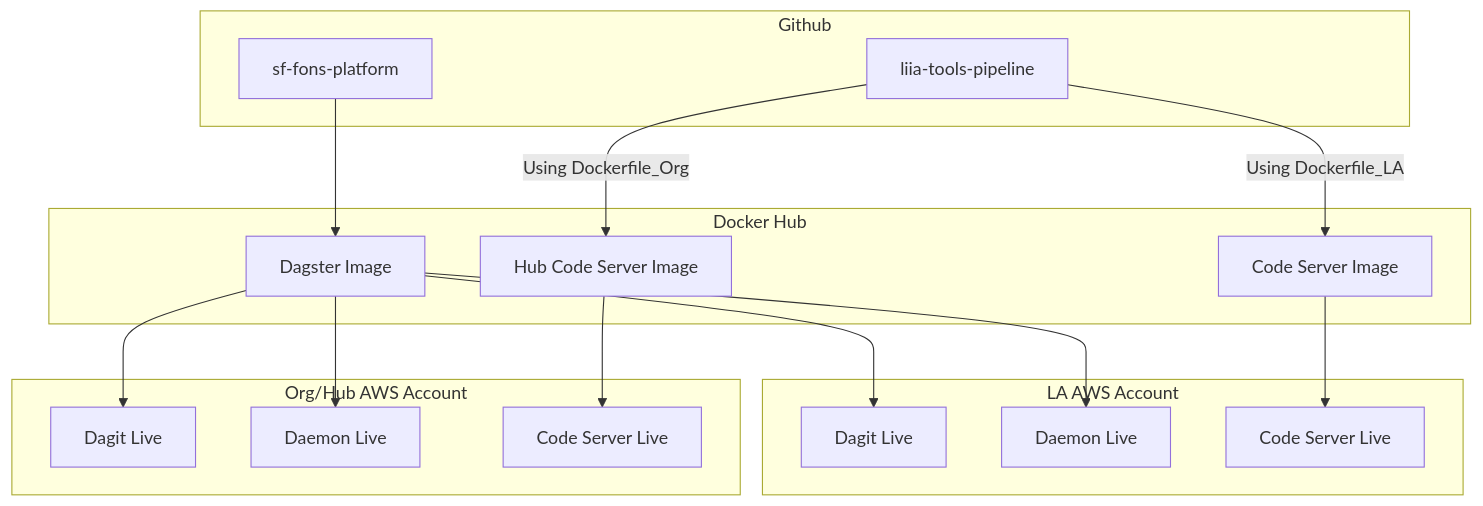
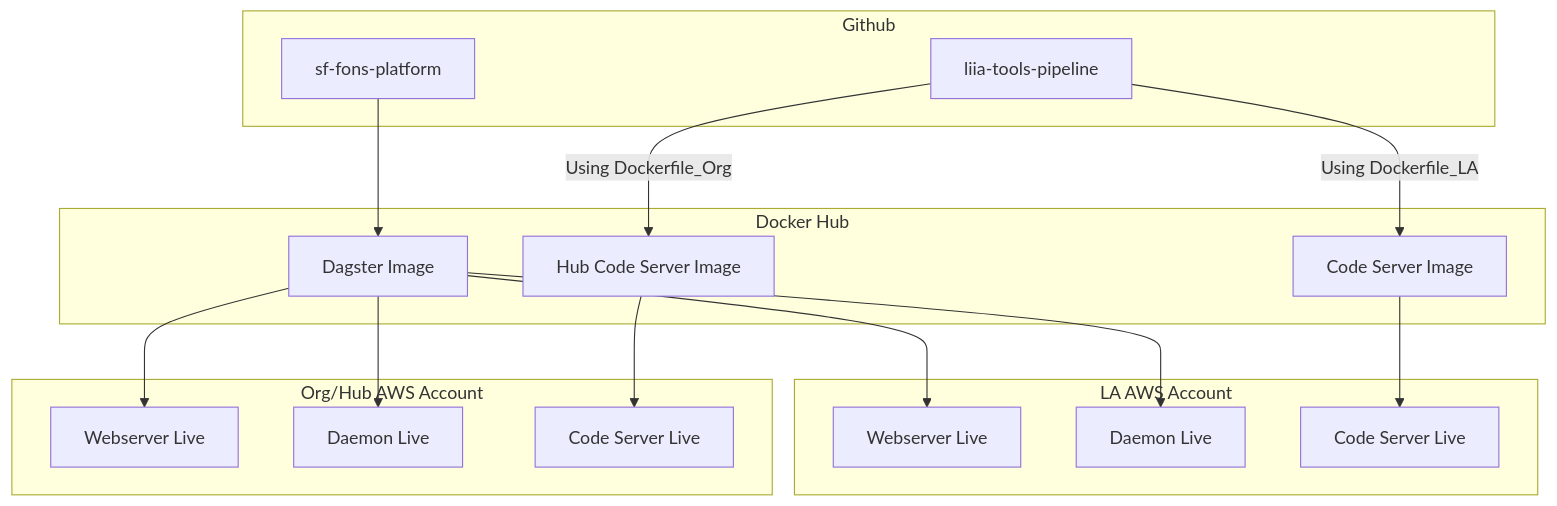
One commit to SocialFinanceDigitalLabs/sf-fons-platform changed the diagram in dagster/README.md. Above: the diagram before and after it, drawn with Mermaid. The commit also changed other lines of this file, not shown here.

Commit message:
Removed dagit reference as it is now deprecated.

````diff
--- a/dagster/README.md
+++ b/dagster/README.md
@@ -18,26 +18,26 @@
 ```mermaid
 graph TB;
 
 subgraph zero[Github]
 R[sf-fons-platform]
 S[liia-tools-pipeline]
 end
 
 subgraph one[Docker Hub]
 R-->A[Dagster Image]
 S--Using Dockerfile_LA-->G[Code Server Image]
 S--Using Dockerfile_Org-->B[Hub Code Server Image]
 end
 
 subgraph two[LA AWS Account]
-A-->C[Dagit Live]
+A-->C[Webserver Live]
 A-->D[Daemon Live]
 G-->H[Code Server Live]
 end
 
 subgraph three[Org/Hub AWS Account]
-A-->E[Dagit Live]
+A-->E[Webserver Live]
 A-->F[Daemon Live]
 B-->J[Code Server Live]
 end
 ```
````
